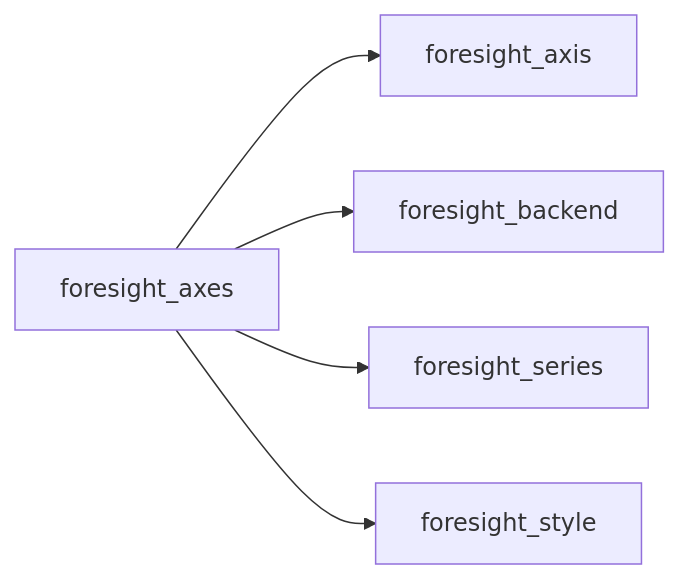
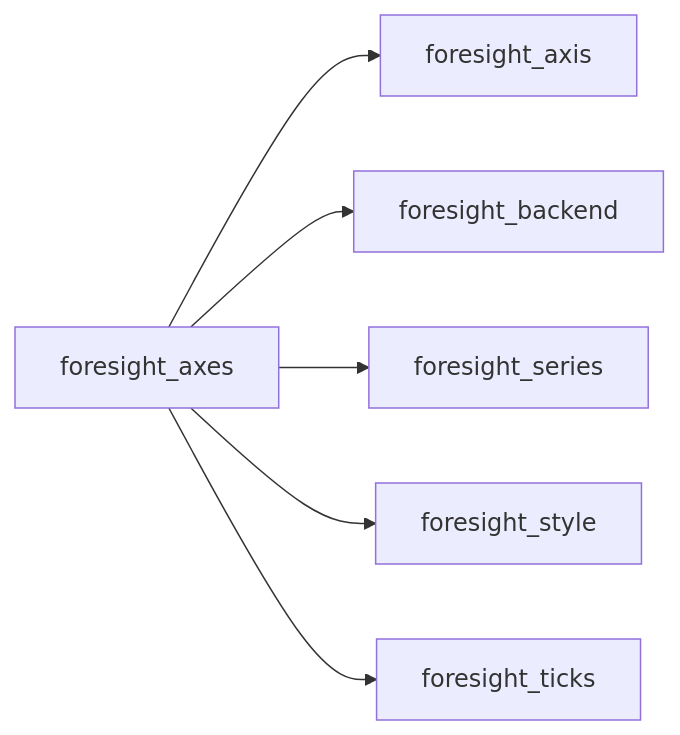
One commit to szaghi/foresight changed the first of 15 diagrams in docs/api/src/lib/foresight_axes.md. Above: the diagram before and after it, drawn with Mermaid. The commit also changed other lines of this file and 97 other files, not shown here.

````diff
--- a/docs/api/src/lib/foresight_axes.md
+++ b/docs/api/src/lib/foresight_axes.md
@@ -18,7 +23,8 @@
 ```mermaid
 graph LR
   foresight_axes["foresight_axes"] --> foresight_axis["foresight_axis"]
   foresight_axes["foresight_axes"] --> foresight_backend["foresight_backend"]
   foresight_axes["foresight_axes"] --> foresight_series["foresight_series"]
   foresight_axes["foresight_axes"] --> foresight_style["foresight_style"]
+  foresight_axes["foresight_axes"] --> foresight_ticks["foresight_ticks"]
 ```
````
